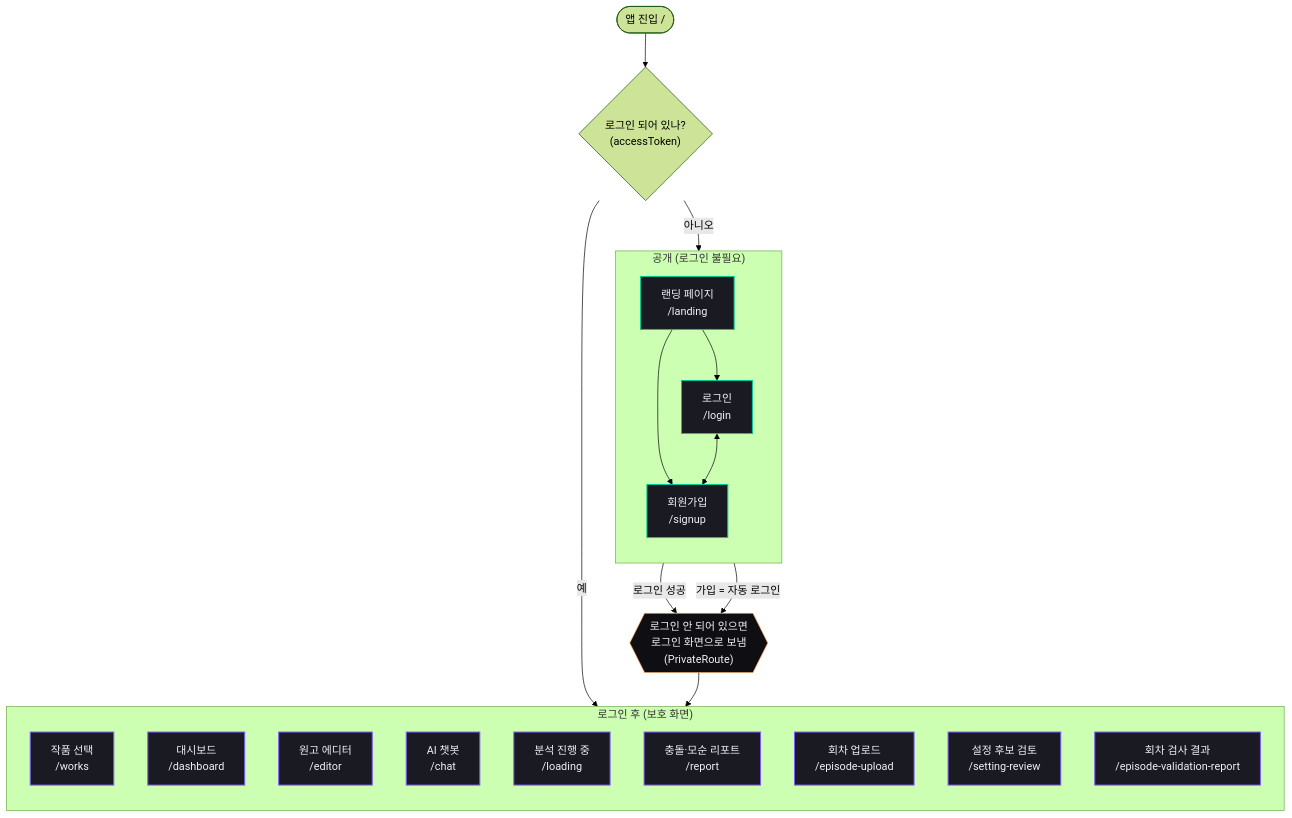
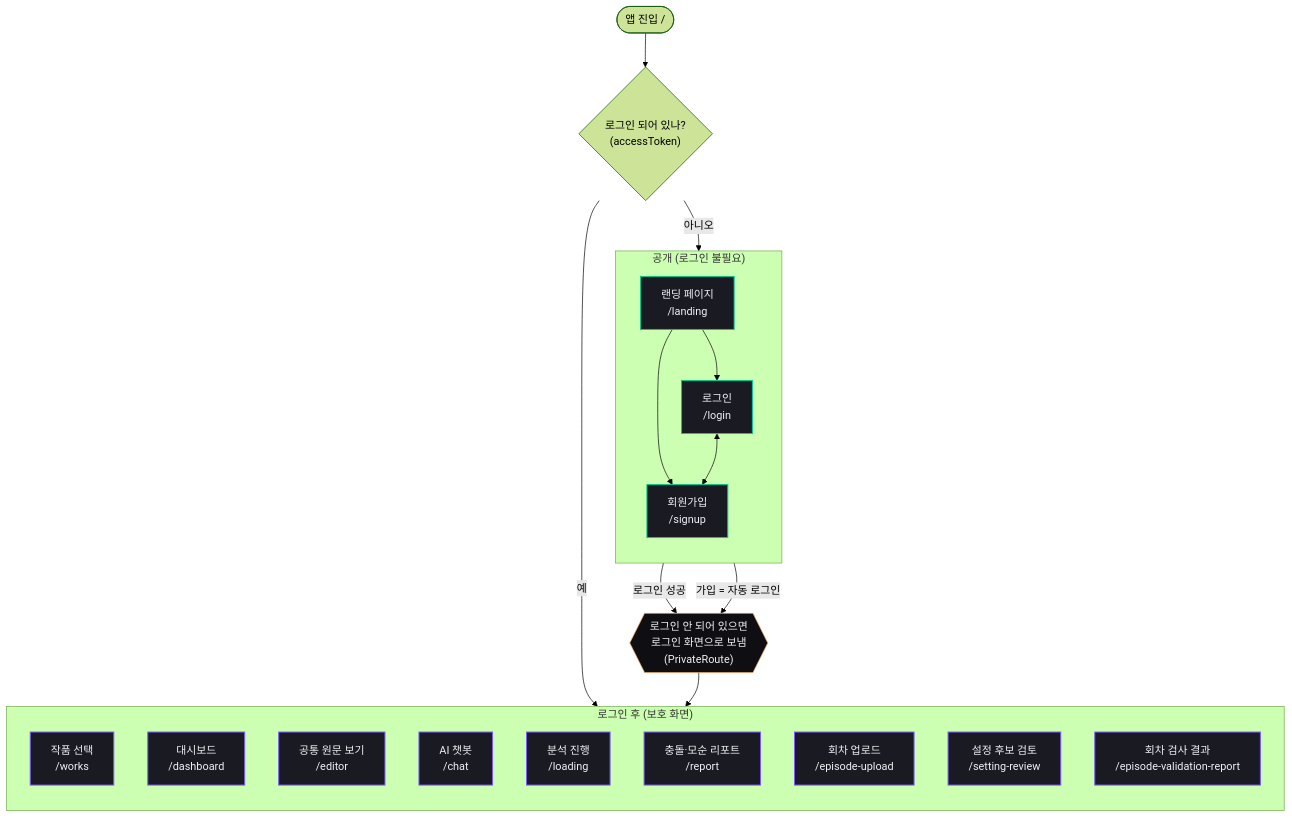
Before and after one commit to catchhole-soma/catchhole-front: the second of 7 diagrams in docs/screen-flow.md, drawn with Mermaid (forest theme). The commit also changed other lines of this file and 2 other files, not shown here.

First line of the commit message:
docs(flow): 요구사항과 Workflow 흐름 동기화

````diff
--- a/docs/screen-flow.md
+++ b/docs/screen-flow.md
@@ -70,44 +70,44 @@
 ```mermaid
 flowchart TD
   entry(["앱 진입 /"]) --> root{"로그인 되어 있나?<br/>(accessToken)"}
   root -- "아니오" --> landing
   root -- "예" --> works
 
   subgraph PUBLIC["공개 (로그인 불필요)"]
     direction TB
     landing["랜딩 페이지<br/>/landing"]
     login["로그인<br/>/login"]
     signup["회원가입<br/>/signup"]
   end
 
   landing --> login
   landing --> signup
   login <--> signup
 
   login -- "로그인 성공" --> gate
   signup -- "가입 = 자동 로그인" --> gate
 
   gate{{"로그인 안 되어 있으면<br/>로그인 화면으로 보냄<br/>(PrivateRoute)"}}:::decision
 
   subgraph PRIVATE["로그인 후 (보호 화면)"]
     direction TB
     works["작품 선택<br/>/works"]
     dashboard["대시보드<br/>/dashboard"]
-    editor["원고 에디터<br/>/editor"]
+    editor["공통 원문 보기<br/>/editor"]
     chat["AI 챗봇<br/>/chat"]
-    loading["분석 진행 중<br/>/loading"]
+    loading["분석 진행<br/>/loading"]
     report["충돌·모순 리포트<br/>/report"]
     upload["회차 업로드<br/>/episode-upload"]
     review["설정 후보 검토<br/>/setting-review"]
     valreport["회차 검사 결과<br/>/episode-validation-report"]
   end
 
   gate --> works
 
   classDef public fill:#1A1A22,stroke:#00C896,stroke-width:1.5px,color:#F0F0F5;
   classDef private fill:#1A1A22,stroke:#7C5CFC,stroke-width:1.5px,color:#F0F0F5;
   classDef decision fill:#0F0F13,stroke:#F4A261,color:#F0F0F5;
 
   class landing,login,signup public;
   class works,dashboard,editor,chat,loading,report,upload,review,valreport private;
 ```
````
